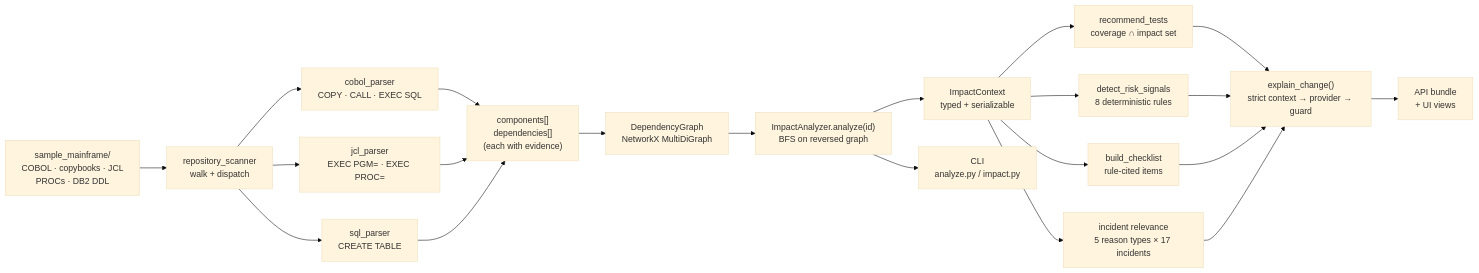
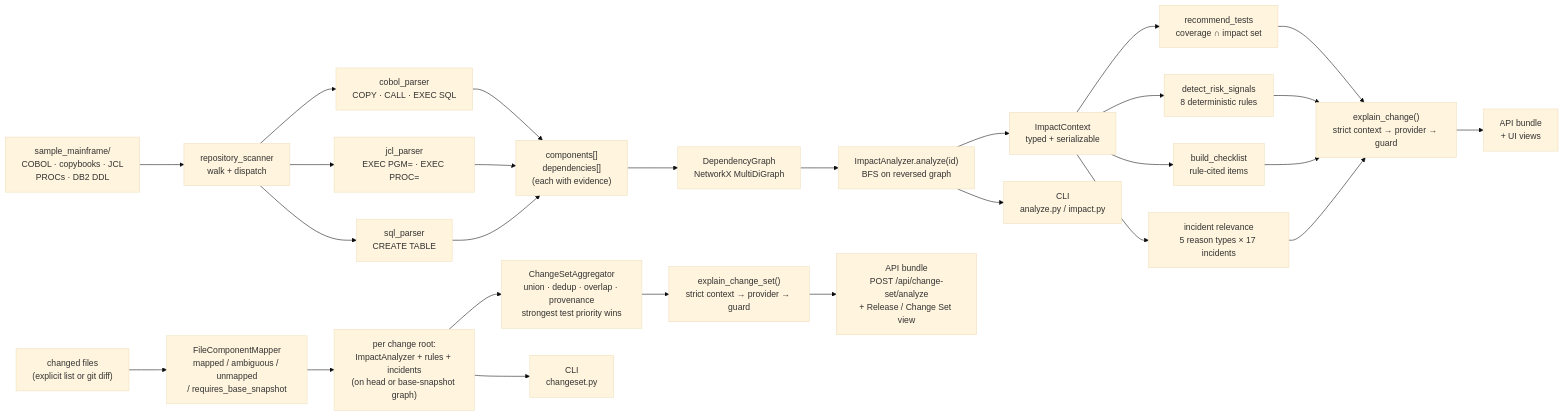
One commit to abhiClone/mainframe-change-impact-intelligence changed the first of 3 diagrams in docs/PROCESS_FLOW.md. Above: the diagram before and after it, drawn with Mermaid (base theme). The commit also changed other lines of this file and 30 other files, not shown here.

Commit message:
Phase 3A: deterministic change-set and release candidate analysis

````diff
--- a/docs/PROCESS_FLOW.md
+++ b/docs/PROCESS_FLOW.md
@@ -5,23 +5,30 @@
 ```mermaid
 flowchart LR
     A["sample_mainframe/\nCOBOL · copybooks · JCL\nPROCs · DB2 DDL"] --> B["repository_scanner\nwalk + dispatch"]
     B --> C["cobol_parser\nCOPY · CALL · EXEC SQL"]
     B --> D["jcl_parser\nEXEC PGM= · EXEC PROC="]
     B --> E["sql_parser\nCREATE TABLE"]
     C --> F["components[]\ndependencies[]\n(each with evidence)"]
     D --> F
     E --> F
     F --> G["DependencyGraph\nNetworkX MultiDiGraph"]
     G --> H["ImpactAnalyzer.analyze(id)\nBFS on reversed graph"]
     H --> I["ImpactContext\ntyped + serializable"]
     I --> J["recommend_tests\ncoverage ∩ impact set"]
     I --> K["detect_risk_signals\n8 deterministic rules"]
     I --> L["build_checklist\nrule-cited items"]
     I --> M["incident relevance\n5 reason types × 17 incidents"]
     J --> N["explain_change()\nstrict context → provider → guard"]
     K --> N
     L --> N
     M --> N
     N --> O["API bundle\n+ UI views"]
     H --> P["CLI\nanalyze.py / impact.py"]
+
+    CS["changed files\n(explicit list or git diff)"] --> MAP["FileComponentMapper\nmapped / ambiguous / unmapped\n/ requires_base_snapshot"]
+    MAP --> PER["per change root:\nImpactAnalyzer + rules + incidents\n(on head or base-snapshot graph)"]
+    PER --> AGG["ChangeSetAggregator\nunion · dedup · overlap · provenance\nstrongest test priority wins"]
+    AGG --> N2["explain_change_set()\nstrict context → provider → guard"]
+    N2 --> O2["API bundle\nPOST /api/change-set/analyze\n+ Release / Change Set view"]
+    PER --> CLI2["CLI\nchangeset.py"]
 ```
````
